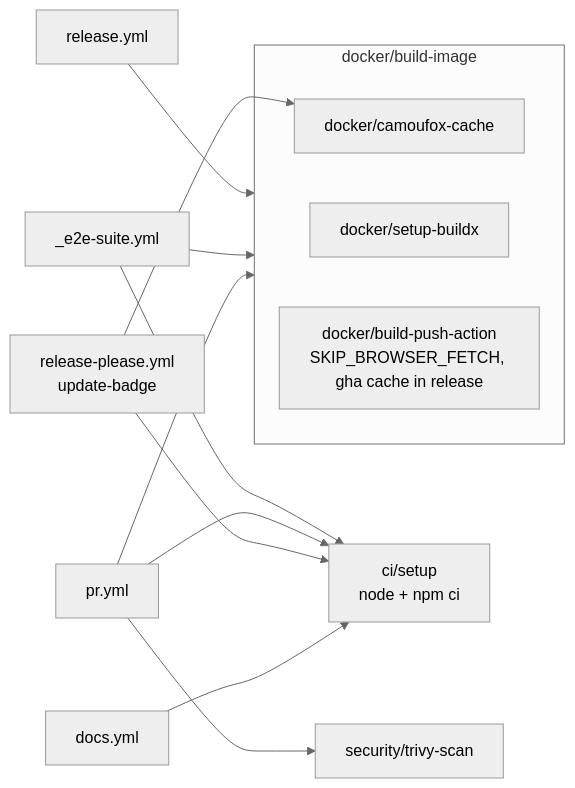
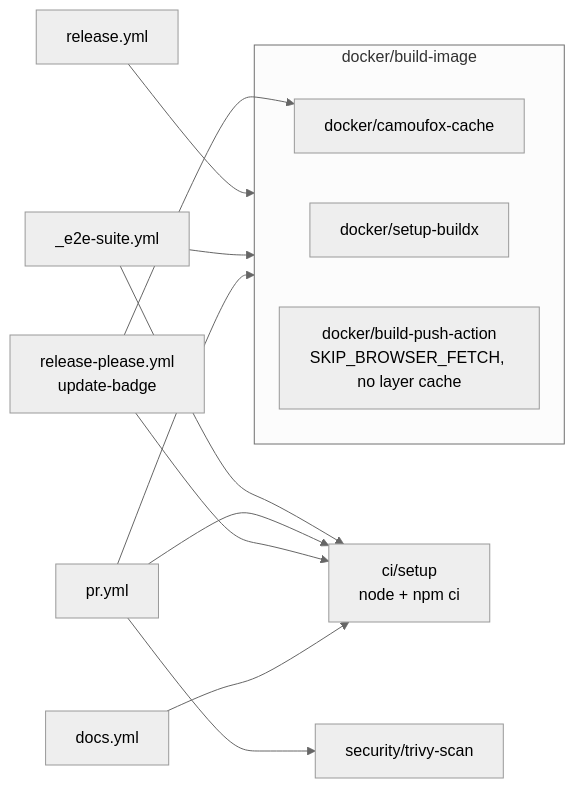
The second of 2 diagrams in docs/architecture/release-pipeline.md (sergienko4/israeli-bank-scrapers-to-actual-budget), drawn with Mermaid (neutral theme) before and after one commit. The commit also changed other lines of this file and 17 other files, not shown here.

````diff
--- a/docs/architecture/release-pipeline.md
+++ b/docs/architecture/release-pipeline.md
@@ -130,21 +184,21 @@
 ```mermaid
 flowchart LR
     subgraph BLD["docker/build-image"]
       CAM["docker/camoufox-cache"]
       BX["docker/setup-buildx"]
-      BP["docker/build-push-action<br/>SKIP_BROWSER_FETCH, gha cache in release"]
+      BP["docker/build-push-action<br/>SKIP_BROWSER_FETCH, no layer cache"]
     end
 
     SETUP["ci/setup<br/>node + npm ci"]
     TRIVY["security/trivy-scan"]
 
     RELW["release.yml"] --> BLD
     E2EW["_e2e-suite.yml"] --> BLD
     E2EW --> SETUP
     PRW["pr.yml"] --> BLD
     PRW --> TRIVY
     PRW --> SETUP
     RPB["release-please.yml<br/>update-badge"] --> SETUP
     RPB --> CAM
     DOCSW["docs.yml"] --> SETUP
 ```
````
